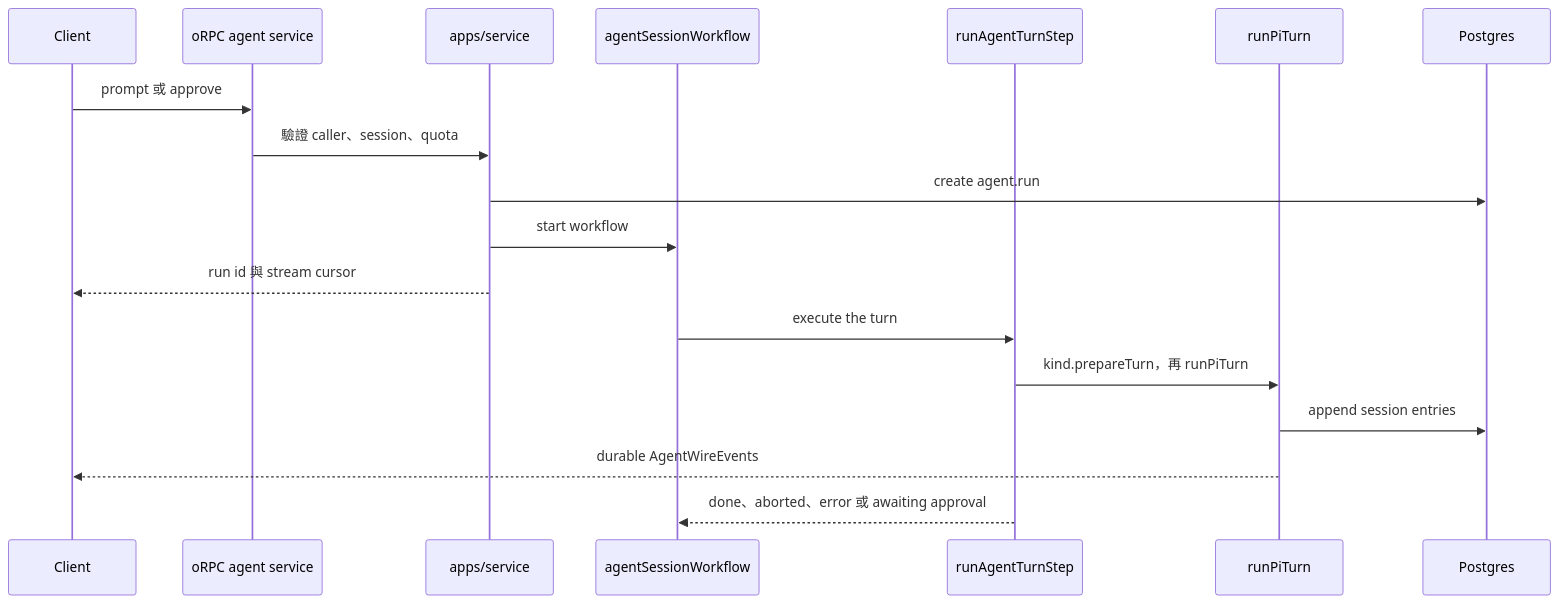
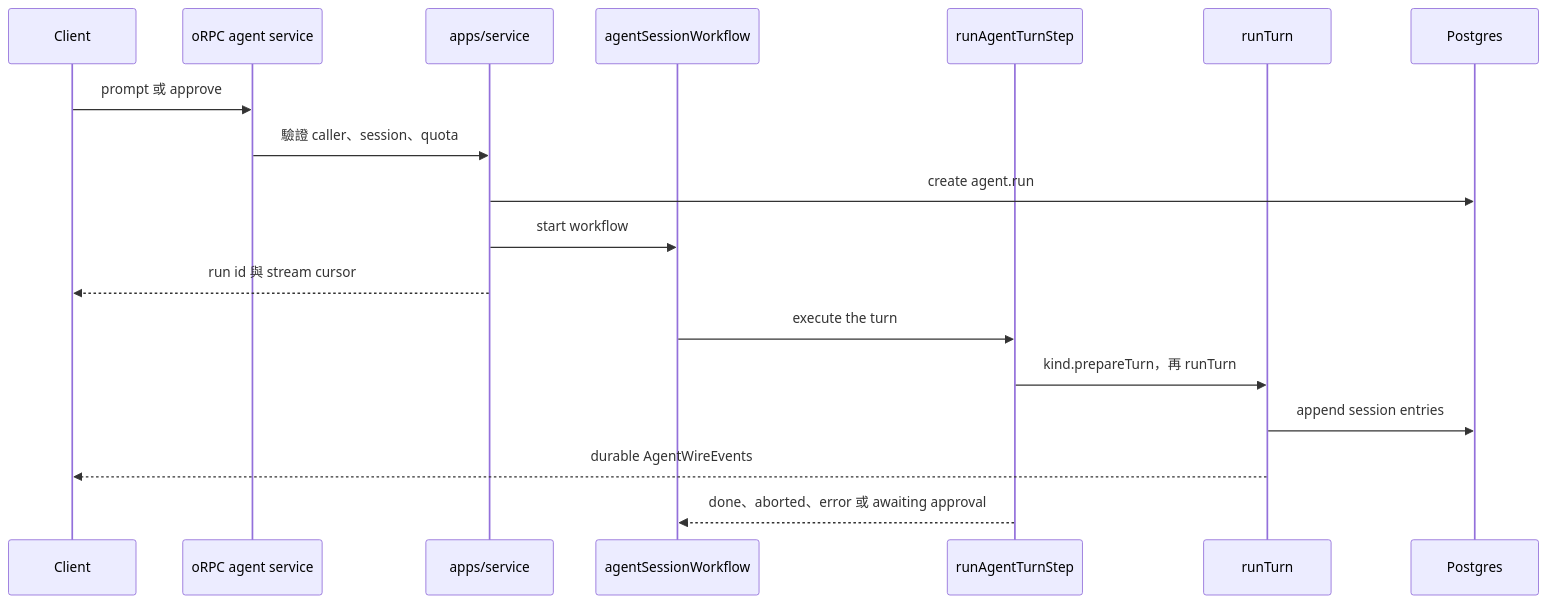
The second of 3 diagrams in docs/agent-architecture.zh.md (Chia1104/chia1104.dev), drawn with Mermaid before and after one commit. The commit also changed other lines of this file and 76 other files, not shown here.

````diff
--- a/docs/agent-architecture.zh.md
+++ b/docs/agent-architecture.zh.md
@@ -112,21 +112,21 @@
 ```mermaid
 sequenceDiagram
     participant UI as Client
     participant API as oRPC agent service
     participant SVC as apps/service
     participant WF as agentSessionWorkflow
     participant STEP as runAgentTurnStep
-    participant RT as runPiTurn
+    participant RT as runTurn
     participant PG as Postgres
 
     UI->>API: prompt 或 approve
     API->>SVC: 驗證 caller、session、quota
     SVC->>PG: create agent.run
     SVC->>WF: start workflow
     SVC-->>UI: run id 與 stream cursor
     WF->>STEP: execute the turn
-    STEP->>RT: kind.prepareTurn，再 runPiTurn
+    STEP->>RT: kind.prepareTurn，再 runTurn
     RT->>PG: append session entries
     RT-->>UI: durable AgentWireEvents
     STEP-->>WF: done、aborted、error 或 awaiting approval
 ```
````
